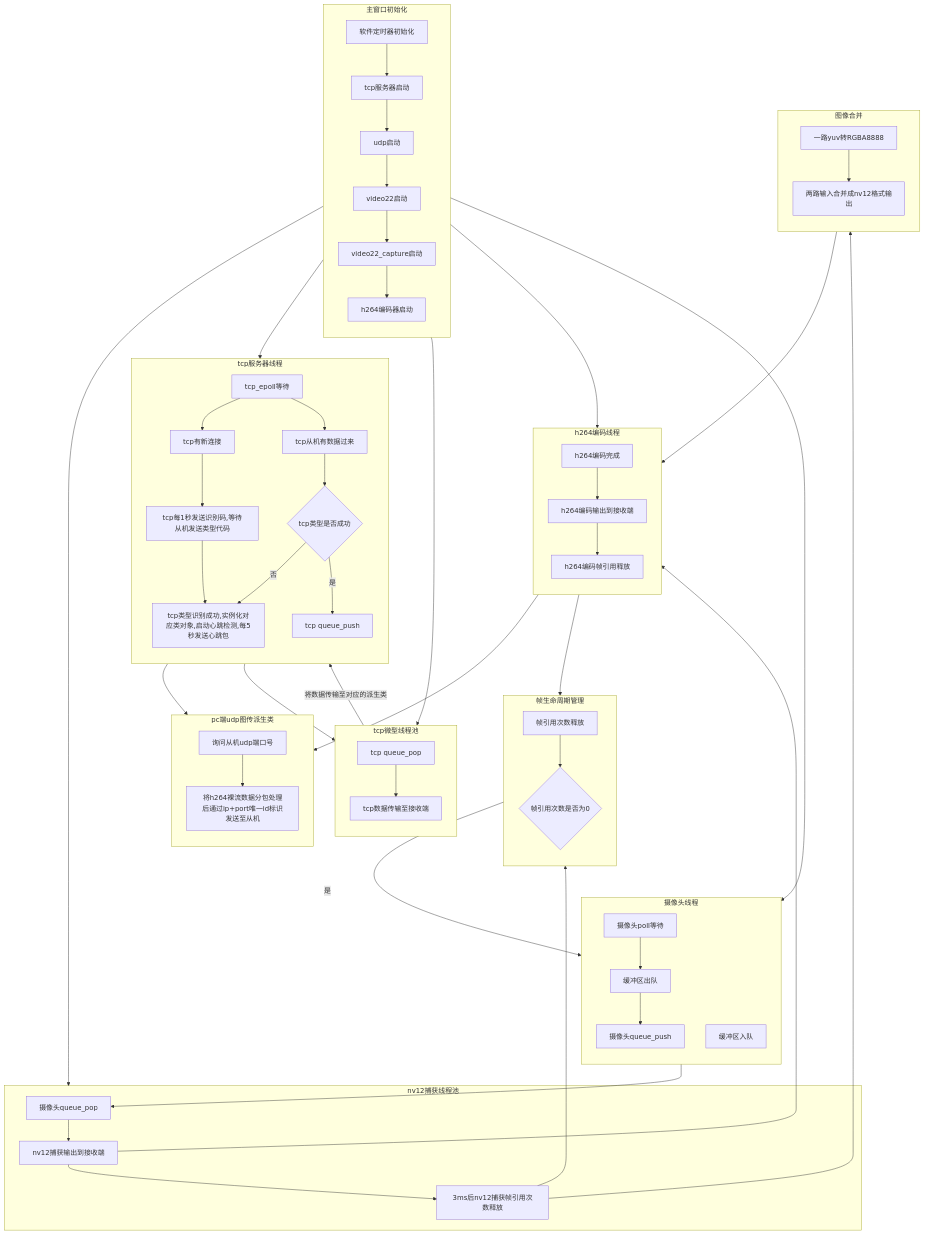
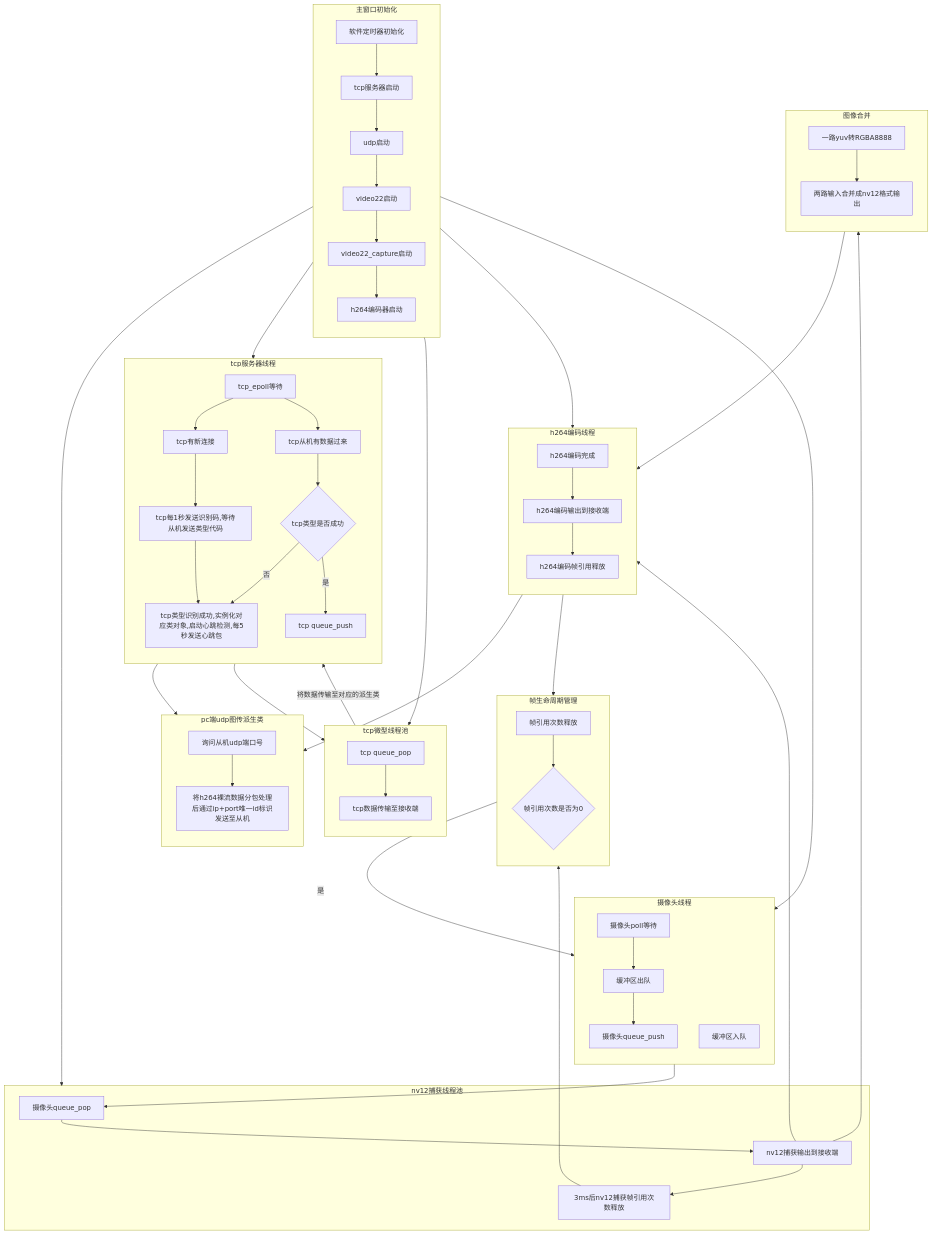
Before and after one commit to GravityandSupport/rk3562_camera: the diagram in README.md, drawn with Mermaid.

````diff
--- a/README.md
+++ b/README.md
@@ -5,78 +5,78 @@
 ```mermaid
 flowchart TD
     subgraph 主窗口初始化
         direction TD
         软件定时器初始化-->tcp服务器启动
         tcp服务器启动-->udp启动
         udp启动-->video22启动
         video22启动-->video22_capture启动
         video22_capture启动-->h264编码器启动
     end
 
     subgraph 摄像头线程
         direction TD
         摄像头poll等待-->缓冲区出队
         缓冲区出队-->摄像头queue_push
 
         缓冲区入队
     end
     video22启动-->摄像头线程
 
     subgraph nv12捕获线程池
         摄像头queue_push-->摄像头queue_pop
 		摄像头queue_pop --> nv12捕获输出到接收端
         nv12捕获输出到接收端-->3ms后nv12捕获帧引用次数释放
 	end
     video22_capture启动-->nv12捕获线程池
 
     subgraph h264编码线程
         direction TD
         nv12捕获输出到接收端-->h264编码完成
         h264编码完成-->h264编码输出到接收端
         h264编码输出到接收端-->h264编码帧引用释放
     end
     h264编码器启动-->h264编码线程
 
     subgraph 帧生命周期管理
         direction TD
         3ms后nv12捕获帧引用次数释放-->帧引用次数释放
         h264编码帧引用释放-->帧引用次数释放
         帧引用次数释放-->帧引用次数是否为0{帧引用次数是否为0}
         帧引用次数是否为0-->|是| 缓冲区入队
     end
 
     subgraph tcp微型线程池
         direction TD
 		tcp_queue_pop[tcp queue_pop]-->tcp数据传输至接收端
 	end
 
     subgraph tcp服务器线程
         direction TD
         tcp_epoll等待-->tcp有新连接
         tcp有新连接-->tcp识别类型[tcp每1秒发送识别码,等待从机发送类型代码]
         tcp识别类型-->tcp识别成功[tcp类型识别成功,实例化对应类对象,启动心跳检测,每5秒发送心跳包]
 
         tcp_epoll等待-->tcp从机有数据过来
         tcp从机有数据过来-->tcp类型是否成功{tcp类型是否成功}
         tcp类型是否成功-->|是| tcp_queue_push[tcp queue_push]
         tcp类型是否成功-->|否| tcp识别成功
     end
     tcp_queue_push-->tcp_queue_pop
     tcp数据传输至接收端-->|将数据传输至对应的派生类|tcp识别成功
     tcp服务器启动-->tcp服务器线程
     tcp服务器启动-->tcp微型线程池
 
     subgraph pc端udp图传派生类
         direction TD
         pc端udp图传发送询问端口号[询问从机udp端口号]-->pc端udp图传h264裸流发送[将h264裸流数据分包处理后通过ip+port唯一id标识发送至从机]
     end
     tcp识别成功-->pc端udp图传派生类
     h264编码输出到接收端-->pc端udp图传h264裸流发送
 
 	subgraph 图像合并
         direction TD
         图像合并rga转一路输入格式[一路yuv转RGBA8888]-->图像合并rga合并[两路输入合并成nv12格式输出]
     end
-    3ms后nv12捕获帧引用次数释放-->图像合并rga转一路输入格式
+    nv12捕获输出到接收端-->图像合并rga转一路输入格式
     图像合并rga合并-->h264编码完成
 ```
````
